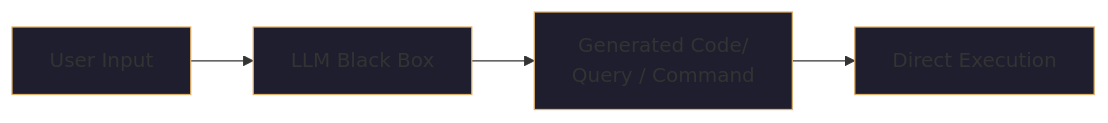
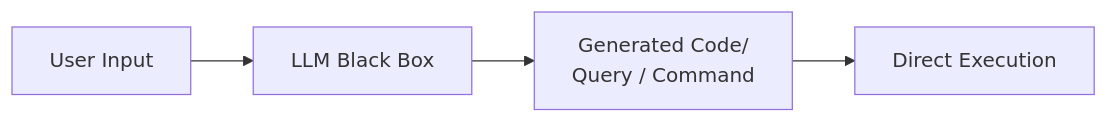
The second of 5 diagrams in content/log/ARES/12-security-hardening-deep-dive.md (Timwood0x10/myblog), drawn with Mermaid before and after one commit. The commit also changed other lines of this file and 11 other files, not shown here.

Commit message:
refactor(theme): unify Mermaid chart theme styles

````diff
--- a/content/log/ARES/12-security-hardening-deep-dive.md
+++ b/content/log/ARES/12-security-hardening-deep-dive.md
@@ -88,11 +83,7 @@
 ```mermaid
 flowchart LR
     A["User Input"] --> B["LLM Black Box"]
     B --> C["Generated Code/<br/>Query / Command"]
     C --> D["Direct Execution"]
 
-    style A fill:#1e1e2e,stroke:#e0af68
-    style B fill:#1e1e2e,stroke:#e0af68
-    style C fill:#1e1e2e,stroke:#e0af68
-    style D fill:#1e1e2e,stroke:#e0af68
 ```
````
